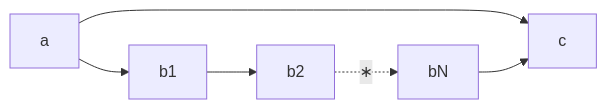
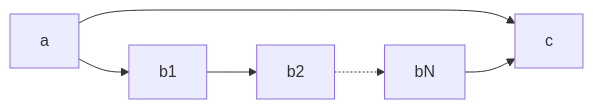
Before and after one commit to WilliamRagstad/WilliamRagstad.github.io: the third of 6 diagrams in content/posts/understanding-rw-systems.md, drawn with Mermaid. The commit also changed other lines of this file, not shown here.

```diff
--- a/content/posts/understanding-rw-systems.md
+++ b/content/posts/understanding-rw-systems.md
@@ -159,5 +159,5 @@
 {{< mermaid >}}
 graph LR;
  a --> c
- a --> b1 --> b2 -.->|∗| bN --> c
+ a --> b1 --> b2 -.-> bN --> c
 {{< /mermaid >}}
```
